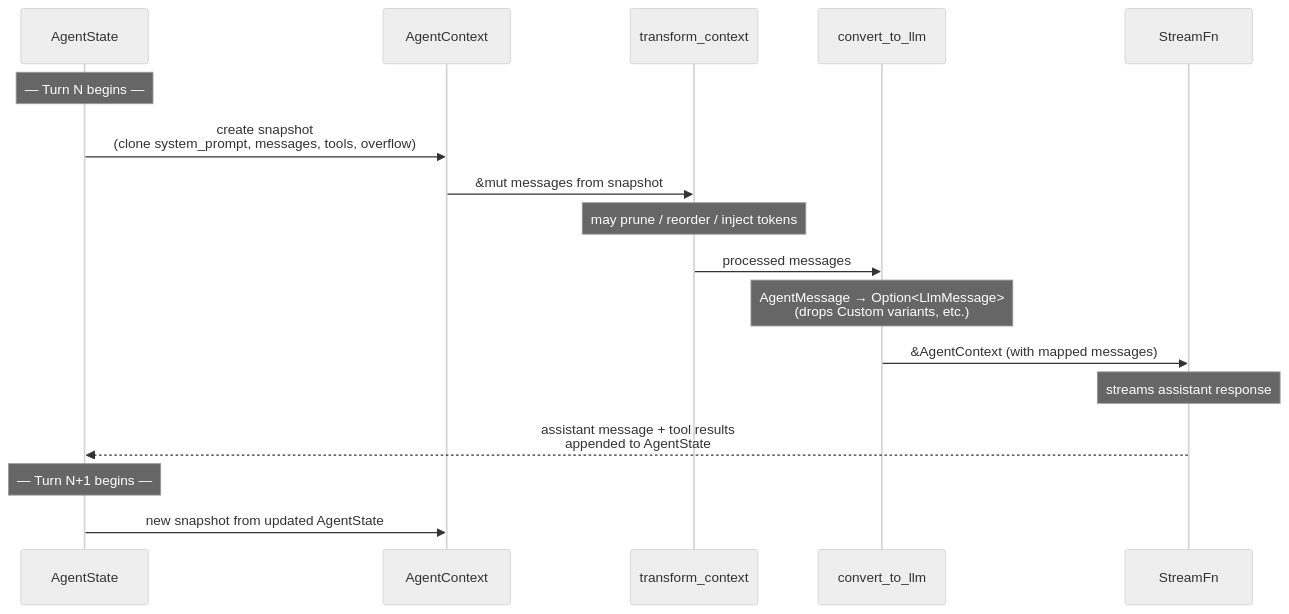
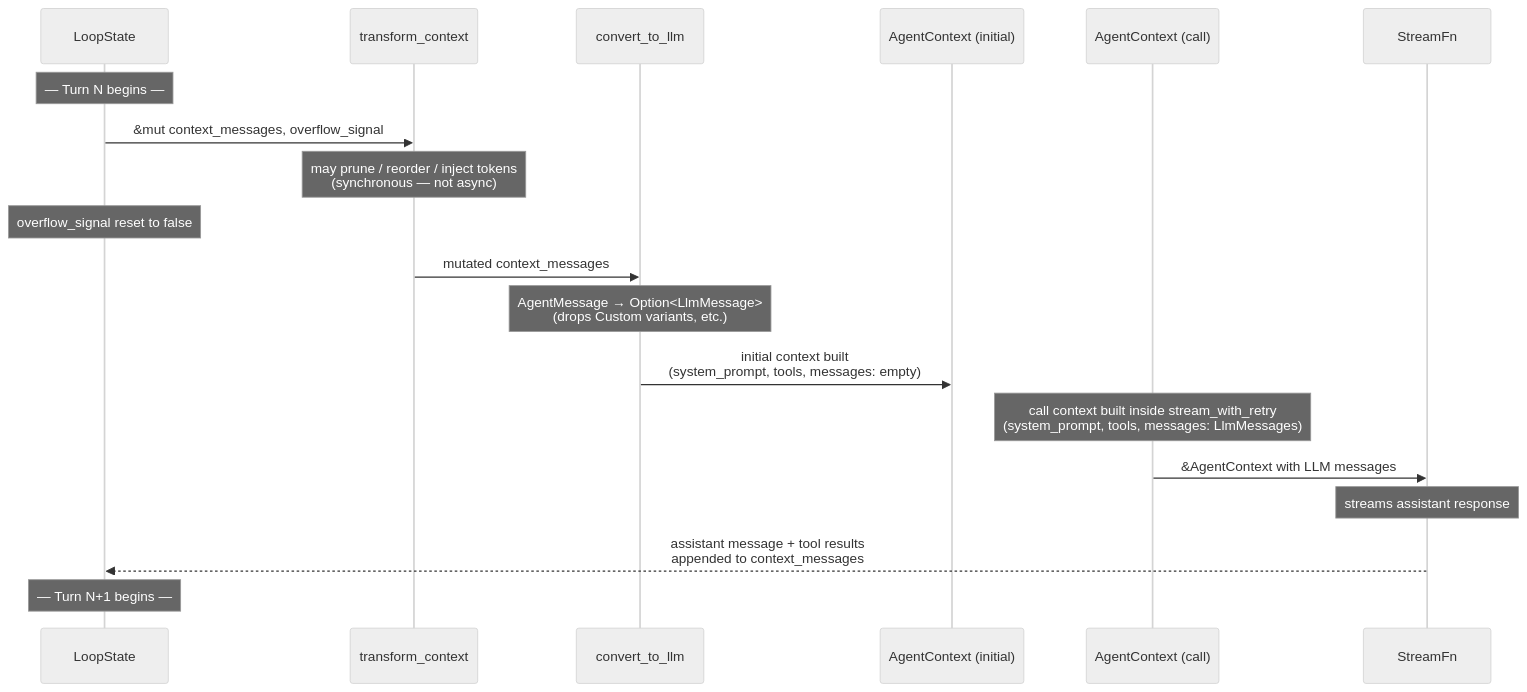
The second of 3 diagrams in docs/architecture/agent-context/README.md (SuperSwinkAI/Swink-Agent), drawn with Mermaid (neutral theme) before and after one commit. The commit also changed other lines of this file and 22 other files, not shown here.

````diff
--- a/docs/architecture/agent-context/README.md
+++ b/docs/architecture/agent-context/README.md
@@ -59,25 +61,29 @@
 ```mermaid
 sequenceDiagram
-    participant State as AgentState
-    participant Ctx as AgentContext
+    participant State as LoopState
     participant Transform as transform_context
     participant Convert as convert_to_llm
+    participant InitCtx as AgentContext (initial)
+    participant CallCtx as AgentContext (call)
     participant Stream as StreamFn
 
     Note over State: — Turn N begins —
-    State->>Ctx: create snapshot<br/>(clone system_prompt, messages, tools, overflow)
 
-    Ctx->>Transform: &mut messages from snapshot
-    Note over Transform: may prune / reorder / inject tokens
+    State->>Transform: &mut context_messages, overflow_signal
+    Note over Transform: may prune / reorder / inject tokens<br/>(synchronous — not async)
 
-    Transform->>Convert: processed messages
+    Note over State: overflow_signal reset to false
+
+    Transform->>Convert: mutated context_messages
     Note over Convert: AgentMessage → Option<LlmMessage><br/>(drops Custom variants, etc.)
 
-    Convert->>Stream: &AgentContext (with mapped messages)
+    Convert->>InitCtx: initial context built<br/>(system_prompt, tools, messages: empty)
+
+    Note over CallCtx: call context built inside stream_with_retry<br/>(system_prompt, tools, messages: LlmMessages)
+    CallCtx->>Stream: &AgentContext with LLM messages
     Note over Stream: streams assistant response
 
-    Stream-->>State: assistant message + tool results<br/>appended to AgentState
+    Stream-->>State: assistant message + tool results<br/>appended to context_messages
 
     Note over State: — Turn N+1 begins —
-    State->>Ctx: new snapshot from updated AgentState
 ```
````
